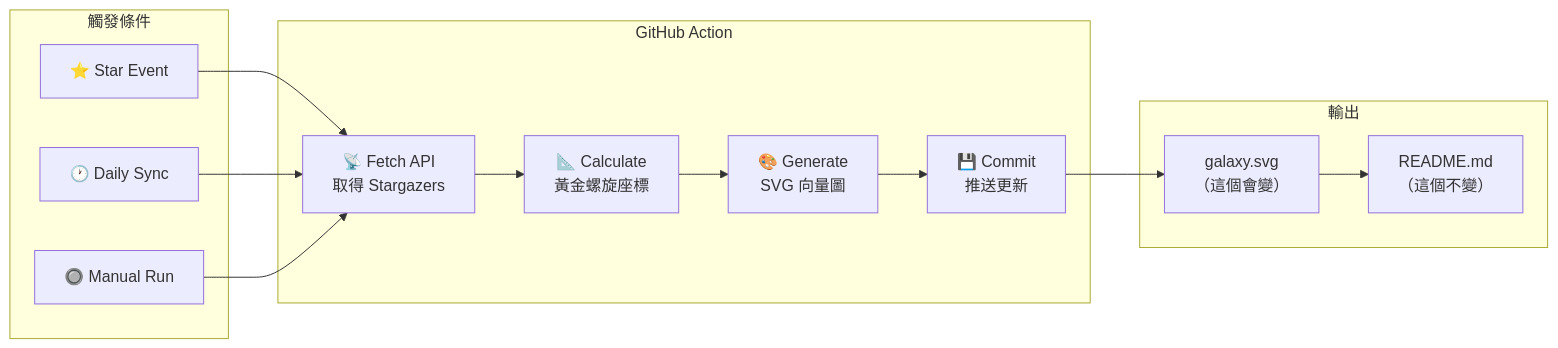
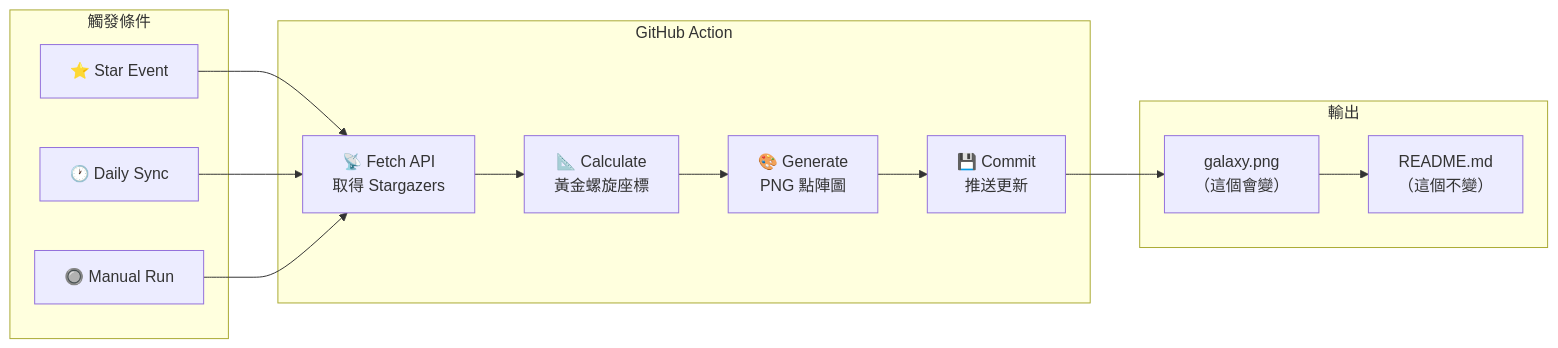
One commit to tznthou/day-19-stargazer-galaxy changed the diagram in README.md. Above: the diagram before and after it, drawn with Mermaid. The commit also changed other lines of this file and 1 other file, not shown here.

Commit message:
docs: 更新隨想，改為 Puppeteer + PNG 說明

````diff
--- a/README.md
+++ b/README.md
@@ -70,26 +70,26 @@
 ```mermaid
 flowchart LR
     subgraph Trigger["觸發條件"]
         Star["⭐ Star Event"]
         Cron["🕐 Daily Sync"]
         Manual["🔘 Manual Run"]
     end
 
     subgraph Action["GitHub Action"]
         Fetch["📡 Fetch API<br/>取得 Stargazers"]
         Calc["📐 Calculate<br/>黃金螺旋座標"]
-        Gen["🎨 Generate<br/>SVG 向量圖"]
+        Gen["🎨 Generate<br/>PNG 點陣圖"]
         Commit["💾 Commit<br/>推送更新"]
     end
 
     subgraph Output["輸出"]
-        SVG["galaxy.svg<br/>（這個會變）"]
+        PNG["galaxy.png<br/>（這個會變）"]
         README["README.md<br/>（這個不變）"]
     end
 
     Star --> Fetch
     Cron --> Fetch
     Manual --> Fetch
     Fetch --> Calc --> Gen --> Commit
-    Commit --> SVG --> README
+    Commit --> PNG --> README
 ```
````
